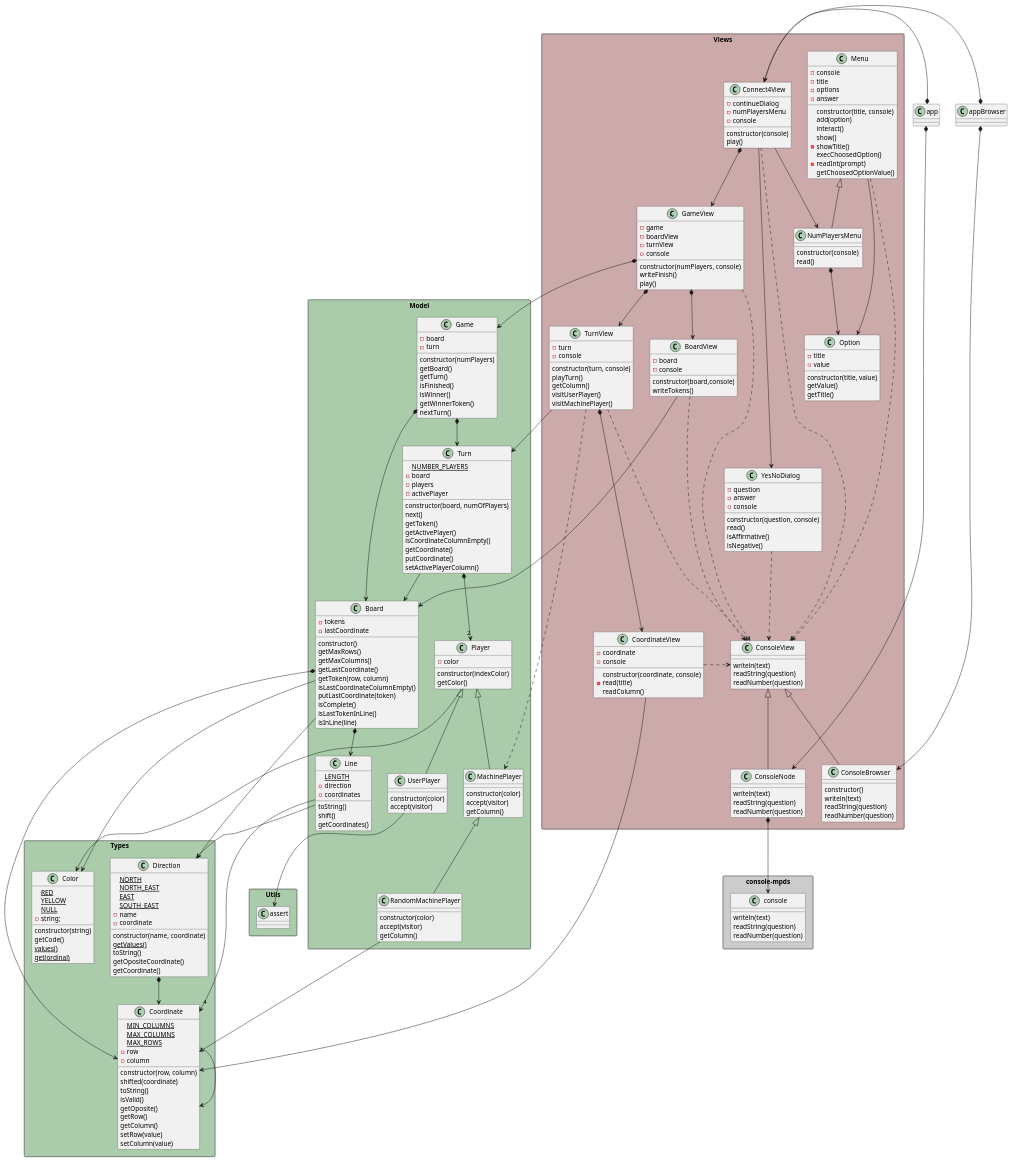
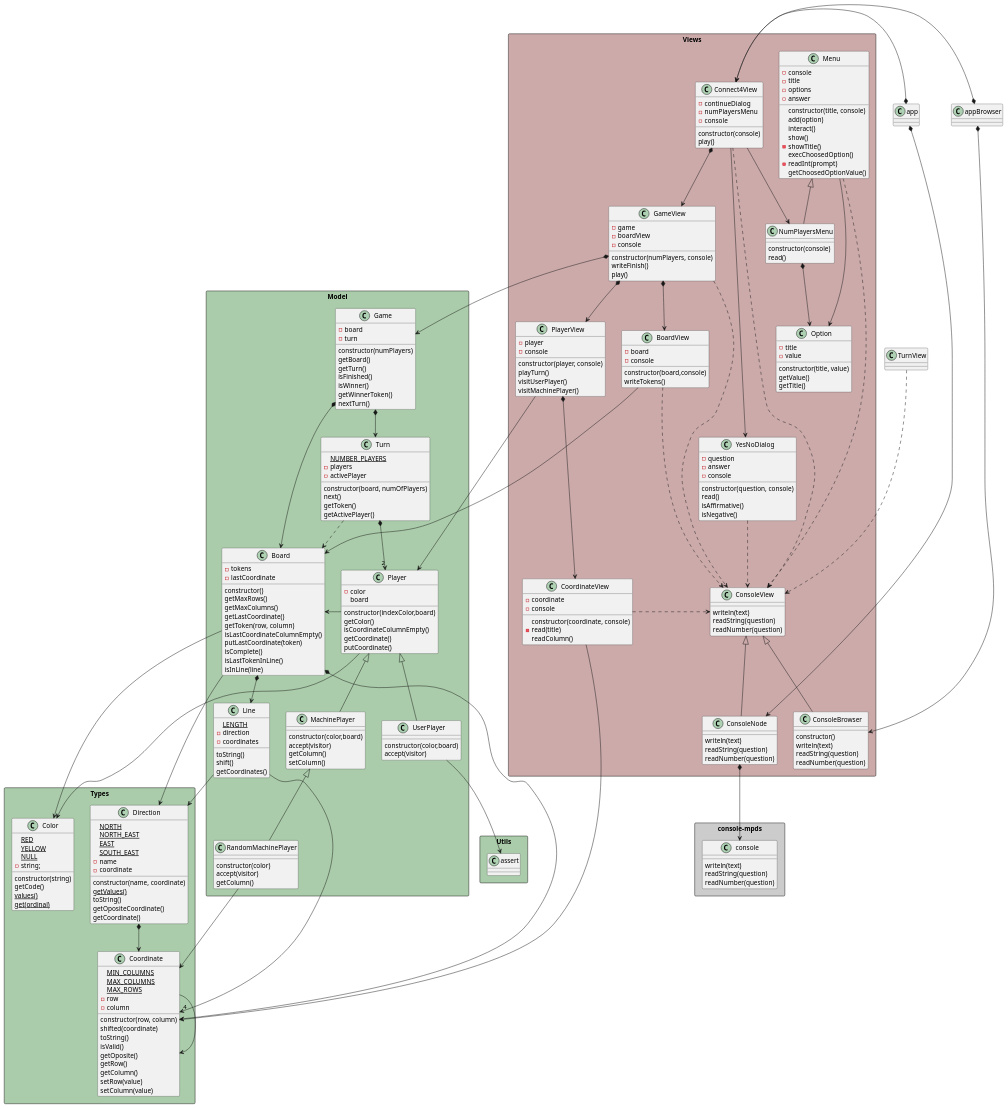
The diagram in game-connect4/docs/diagrams/objectOriented/classNotation/class diagram.plantuml (mpaulaherrero/escuelaIT), drawn with PlantUML before and after one commit. The commit also changed 9 other files, not shown here.

Commit message:
player con board y playerView

```diff
--- a/game-connect4/docs/diagrams/objectOriented/classNotation/class diagram.plantuml
+++ b/game-connect4/docs/diagrams/objectOriented/classNotation/class diagram.plantuml
@@ -96,19 +96,24 @@
 
     class Player{
         -color
-        constructor(indexColor)
+        board
+        constructor(indexColor,board)
         getColor()
+        isCoordinateColumnEmpty()
+        getCoordinate()
+        putCoordinate()
     }
 
     class UserPlayer extends Player{
-        constructor(color)
+        constructor(color,board)
         accept(visitor) 
     }
 
     class MachinePlayer extends Player{
-        constructor(color)
+        constructor(color,board)
         accept(visitor)    
         getColumn()
+        setColumn()
     }    
 
     class RandomMachinePlayer extends MachinePlayer{
@@ -119,17 +124,12 @@
 
     class Turn{
         {static} NUMBER_PLAYERS
-        -board
         -players
         -activePlayer
         constructor(board, numOfPlayers)
         next()
         getToken()
         getActivePlayer()
-        isCoordinateColumnEmpty()
-        getCoordinate()
-        putCoordinate()
-        setActivePlayerColumn()
     }
 }
 
@@ -160,19 +160,17 @@
     class GameView {
         -game
         -boardView
-        -turnView
         -console
         constructor(numPlayers, console)
         writeFinish()
         play()
     }
 
-    class TurnView {
-        -turn
+    class PlayerView {
+        -player
         -console
-        constructor(turn, console) 
+        constructor(player, console) 
         playTurn()
-        getColumn()
         visitUserPlayer()
         visitMachinePlayer()
     }
@@ -254,7 +252,9 @@
 UserPlayer --> assert
 
 Turn *-down-> "2" Player
-Turn -down-> Board
+Turn .-> Board
+
+Player -r-> Board
 
 Game *-down-> Board
 Game *-down-> Turn
@@ -263,13 +263,12 @@
 
 BoardView -down-> Board
 
-TurnView -down-> Turn
-TurnView *-down-> CoordinateView
-TurnView .-> MachinePlayer
+PlayerView -down-> Player
+PlayerView *-down-> CoordinateView
 
 GameView *-down-> Game
 GameView *-down-> BoardView
-GameView *-down-> TurnView
+GameView *-down-> PlayerView
 
 Connect4View -down-> YesNoDialog
 Connect4View -down-> NumPlayersMenu
```
